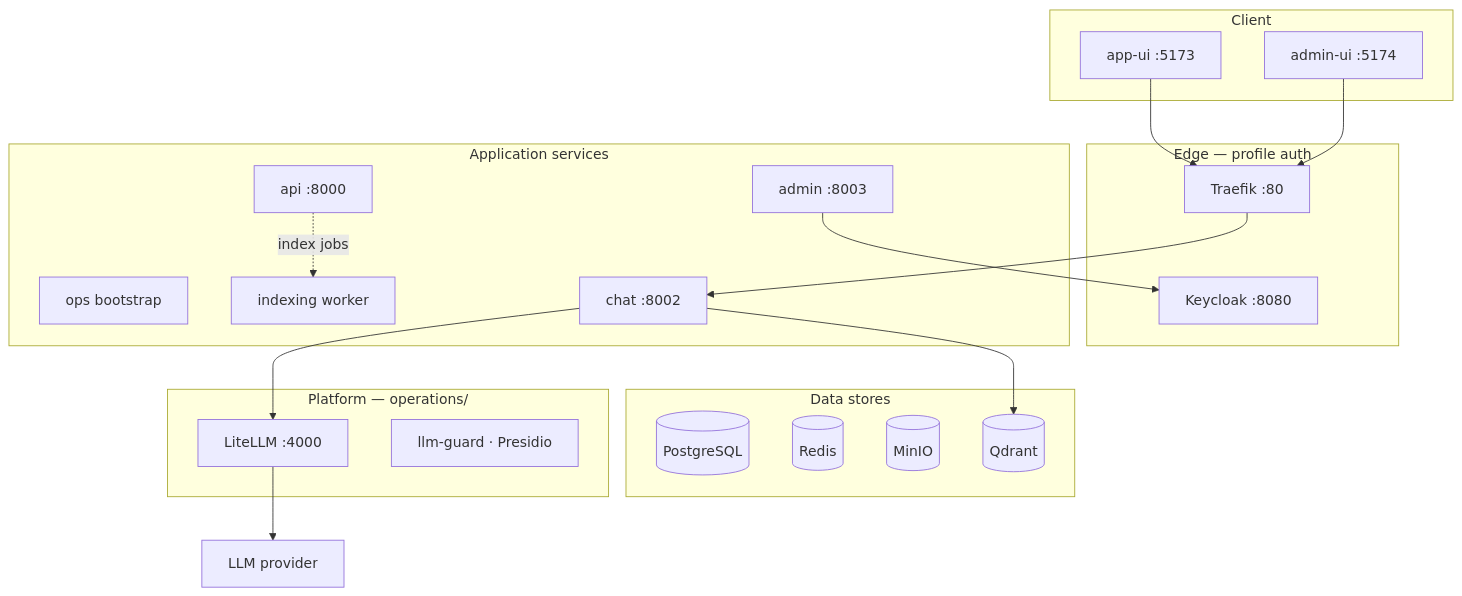
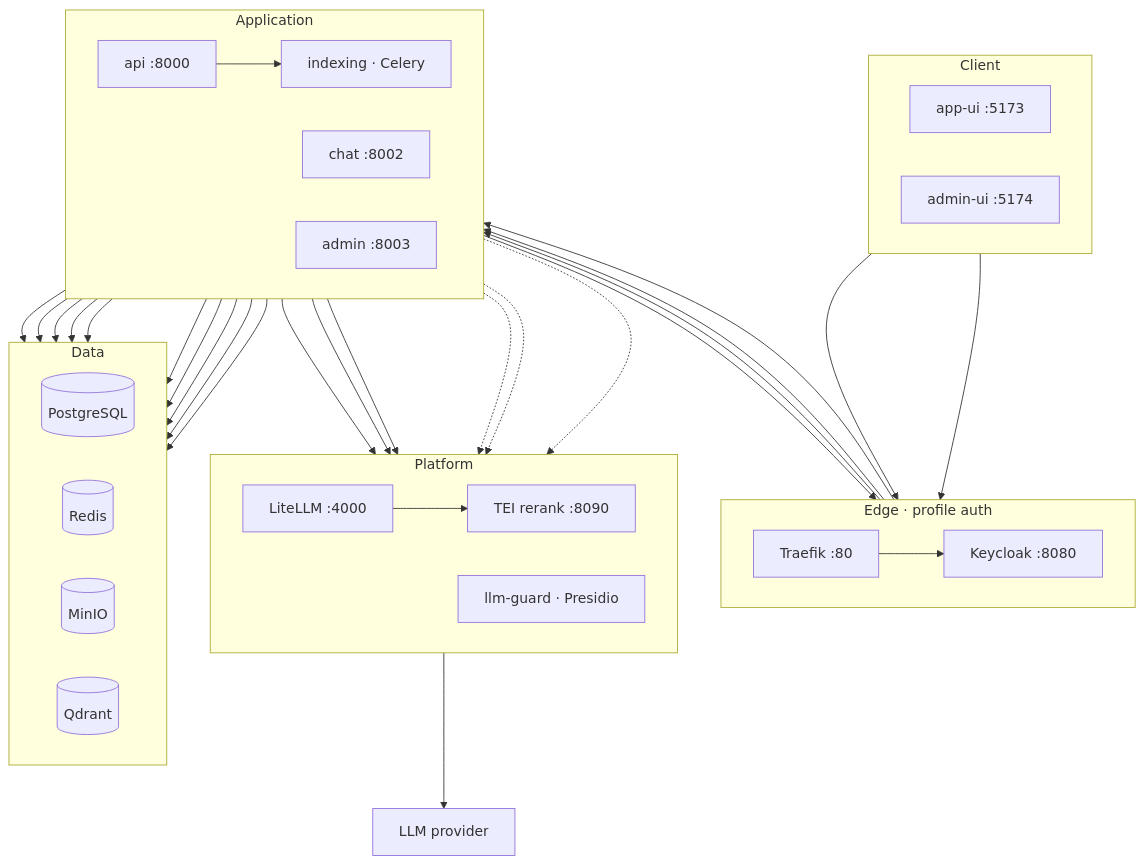
Before and after one commit to krlybnd/squint-genai: the diagram in README.md, drawn with Mermaid. The commit also changed other lines of this file and 3 other files, not shown here.

First line of the commit message:
docs: show TEI rerank on layered architecture mermaid

````diff
--- a/README.md
+++ b/README.md
@@ -72,44 +74,68 @@
 ```mermaid
 flowchart TB
     subgraph client [Client]
+        direction LR
         frontend["app-ui :5173"]
         admin_ui["admin-ui :5174"]
     end
 
-    subgraph edge [Edge — profile auth]
+    subgraph edge ["Edge · profile auth"]
+        direction LR
         traefik["Traefik :80"]
         keycloak["Keycloak :8080"]
     end
 
-    subgraph app [Application services]
-        ops["ops bootstrap"]
+    subgraph app [Application]
+        direction LR
         api["api :8000"]
         chat["chat :8002"]
         admin["admin :8003"]
-        indexing["indexing worker"]
+        indexing["indexing · Celery"]
     end
 
-    subgraph platform [Platform — operations/]
+    subgraph platform [Platform]
+        direction LR
         litellm["LiteLLM :4000"]
+        rerank["TEI rerank :8090"]
         guard["llm-guard · Presidio"]
     end
 
-    subgraph data [Data stores]
+    subgraph data [Data]
+        direction LR
         postgres[("PostgreSQL")]
         redis[("Redis")]
         minio[("MinIO")]
         qdrant[("Qdrant")]
     end
 
     ext["LLM provider"]
 
     frontend --> traefik
     admin_ui --> traefik
+    traefik --> api
     traefik --> chat
+    traefik --> admin
+    traefik --> keycloak
     admin --> keycloak
+
+    api --> indexing
+    chat --> qdrant
+    api --> qdrant
+    indexing --> qdrant
+    api --> postgres
+    chat --> postgres
+    indexing --> postgres
+    api --> redis
+    indexing --> redis
+    api --> minio
+    indexing --> minio
     chat --> litellm
-    chat --> qdrant
+    api --> litellm
+    indexing --> litellm
+    litellm --> rerank
     litellm --> ext
 
-    api -.->|index jobs| indexing
+    chat -.-> guard
+    api -.-> guard
+    indexing -.-> guard
 ```
````
